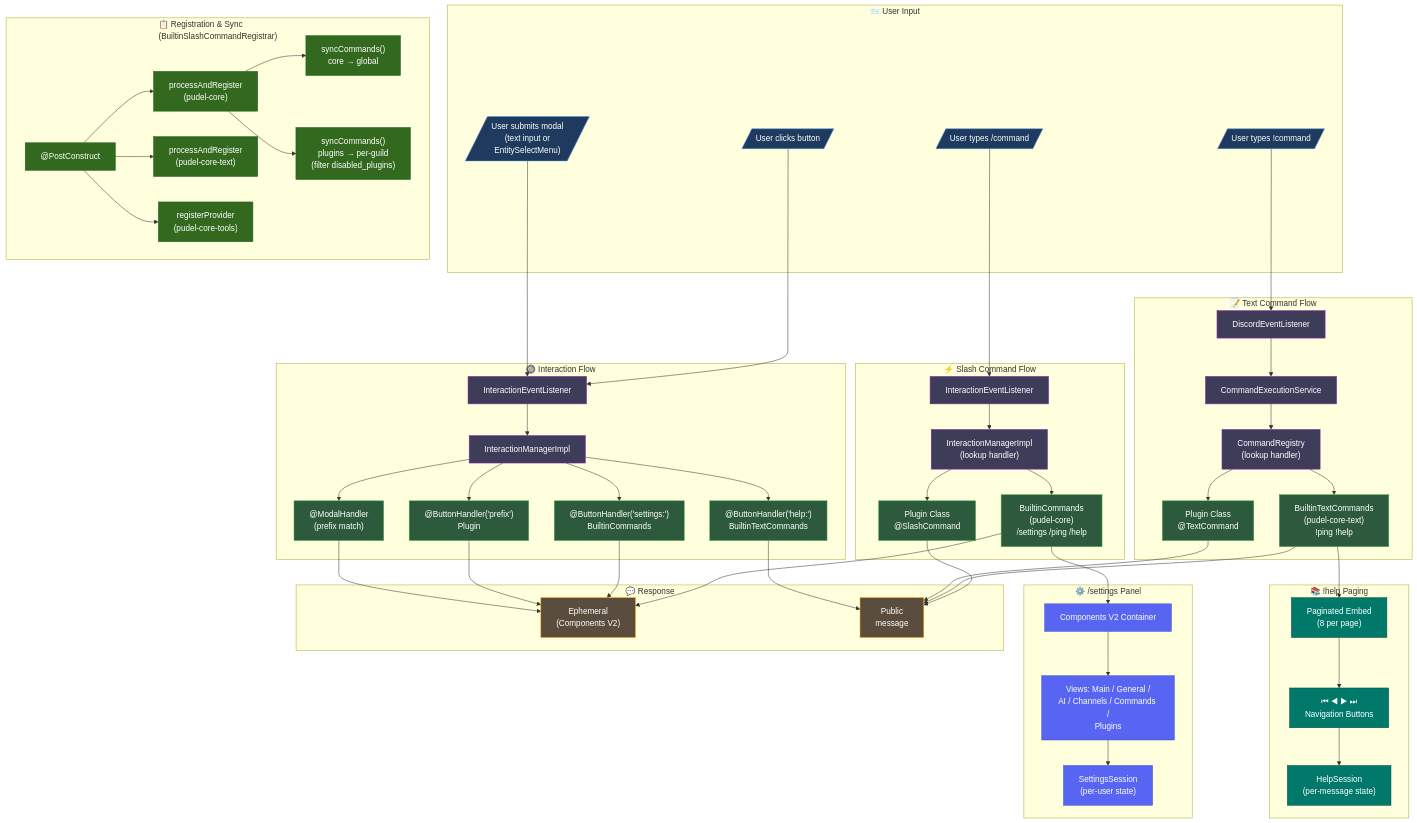
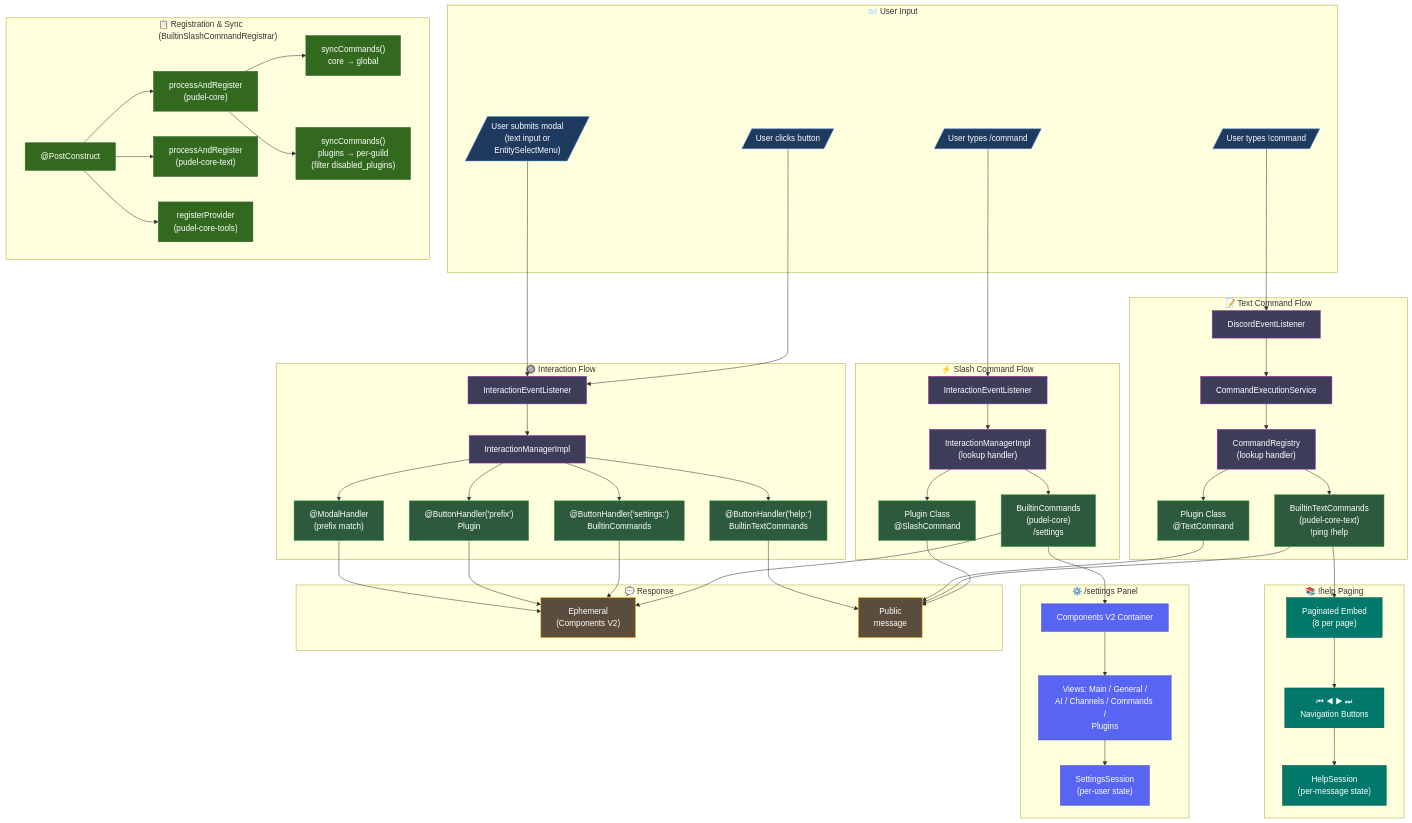
The diagram in docs/flowchart/architecture/CommandSystem.mermaid (Zazalng/Pudel-Spring-Boot), drawn with Mermaid before and after one commit. The commit also changed 16 other files, not shown here.

Commit message:
- Update Dependency version  - Link Docker cli to push Pudel  - compose down may result to lost data, restart may not apply new configuration  - JWT error more specific messages  - Remove /ping & /help which no longer exist

```diff
--- a/docs/flowchart/architecture/CommandSystem.mermaid
+++ b/docs/flowchart/architecture/CommandSystem.mermaid
@@ -1,126 +1,126 @@
-%% Pudel Command System v2.1.1
+%% Pudel Command System v2.2.1
 %% Components V2 + Two-Tier Sync + Unified Built-in Architecture
 
 flowchart TD
     subgraph Input["📨 User Input"]
         SLASH[/"User types /command"/]
         TEXT[/"User types !command"/]
         BUTTON[/"User clicks button"/]
         MODAL[/"User submits modal<br/>(text input or<br/>EntitySelectMenu)"/]
     end
 
     subgraph SlashFlow["⚡ Slash Command Flow"]
         SLASH_LISTENER["InteractionEventListener"]
         SLASH_MANAGER["InteractionManagerImpl<br/>(lookup handler)"]
-        SLASH_BUILTIN["BuiltinCommands<br/>(pudel-core)<br/>/settings /ping /help"]
+        SLASH_BUILTIN["BuiltinCommands<br/>(pudel-core)<br/>/settings"]
         SLASH_PLUGIN["Plugin Class<br/>@SlashCommand"]
     end
 
     subgraph TextFlow["📝 Text Command Flow"]
         TEXT_LISTENER["DiscordEventListener"]
         TEXT_EXEC["CommandExecutionService"]
         TEXT_REGISTRY["CommandRegistry<br/>(lookup handler)"]
         TEXT_BUILTIN["BuiltinTextCommands<br/>(pudel-core-text)<br/>!ping !help"]
         TEXT_PLUGIN["Plugin Class<br/>@TextCommand"]
     end
 
     subgraph InteractionFlow["🔘 Interaction Flow"]
         INTERACT_LISTENER["InteractionEventListener"]
         INTERACT_MANAGER["InteractionManagerImpl"]
         BUTTON_SETTINGS["@ButtonHandler('settings:')<br/>BuiltinCommands"]
         BUTTON_HELP["@ButtonHandler('help:')<br/>BuiltinTextCommands"]
         BUTTON_PLUGIN["@ButtonHandler('prefix')<br/>Plugin"]
         MODAL_HANDLER["@ModalHandler<br/>(prefix match)"]
     end
 
     subgraph Registration["📋 Registration & Sync<br/>(BuiltinSlashCommandRegistrar)"]
         REGISTRAR["@PostConstruct"]
         PROC_SLASH["processAndRegister<br/>(pudel-core)"]
         PROC_TEXT["processAndRegister<br/>(pudel-core-text)"]
         PROC_TOOLS["registerProvider<br/>(pudel-core-tools)"]
         SYNC_GLOBAL["syncCommands()<br/>core → global"]
         SYNC_GUILD["syncCommands()<br/>plugins → per-guild<br/>(filter disabled_plugins)"]
     end
 
     subgraph SettingsPanel["⚙️ /settings Panel"]
         CV2["Components V2 Container"]
         VIEWS["Views: Main / General /<br/>AI / Channels / Commands /<br/>Plugins"]
         SESSION["SettingsSession<br/>(per-user state)"]
     end
 
     subgraph HelpPanel["📚 !help Paging"]
         HELP_EMBED["Paginated Embed<br/>(8 per page)"]
         HELP_BUTTONS["⏮ ◀ ▶ ⏭<br/>Navigation Buttons"]
         HELP_SESSION["HelpSession<br/>(per-message state)"]
     end
 
     subgraph Response["💬 Response"]
         REPLY_EPH["Ephemeral<br/>(Components V2)"]
         REPLY_PUB["Public<br/>message"]
     end
 
     %% Slash flow
     SLASH --> SLASH_LISTENER
     SLASH_LISTENER --> SLASH_MANAGER
     SLASH_MANAGER --> SLASH_BUILTIN
     SLASH_MANAGER --> SLASH_PLUGIN
 
     %% /settings opens Components V2
     SLASH_BUILTIN --> CV2
     CV2 --> VIEWS
     VIEWS --> SESSION
 
     %% Text flow
     TEXT --> TEXT_LISTENER
     TEXT_LISTENER --> TEXT_EXEC
     TEXT_EXEC --> TEXT_REGISTRY
     TEXT_REGISTRY --> TEXT_BUILTIN
     TEXT_REGISTRY --> TEXT_PLUGIN
 
     %% !help opens paged embed
     TEXT_BUILTIN --> HELP_EMBED
     HELP_EMBED --> HELP_BUTTONS
     HELP_BUTTONS --> HELP_SESSION
 
     %% Interaction flow
     BUTTON --> INTERACT_LISTENER
     MODAL --> INTERACT_LISTENER
     INTERACT_LISTENER --> INTERACT_MANAGER
     INTERACT_MANAGER --> BUTTON_SETTINGS
     INTERACT_MANAGER --> BUTTON_HELP
     INTERACT_MANAGER --> BUTTON_PLUGIN
     INTERACT_MANAGER --> MODAL_HANDLER
 
     %% Registration
     REGISTRAR --> PROC_SLASH
     REGISTRAR --> PROC_TEXT
     REGISTRAR --> PROC_TOOLS
     PROC_SLASH --> SYNC_GLOBAL
     PROC_SLASH --> SYNC_GUILD
 
     %% All handlers lead to response
     SLASH_BUILTIN --> REPLY_EPH
     SLASH_PLUGIN --> REPLY_PUB
     TEXT_BUILTIN --> REPLY_PUB
     TEXT_PLUGIN --> REPLY_PUB
     BUTTON_SETTINGS --> REPLY_EPH
     BUTTON_HELP --> REPLY_PUB
     BUTTON_PLUGIN --> REPLY_EPH
     MODAL_HANDLER --> REPLY_EPH
 
     %% Styling
     classDef input fill:#1e3a5f,stroke:#4a90d9,color:#fff
     classDef handler fill:#2d5a3d,stroke:#4CAF50,color:#fff
     classDef system fill:#3d3d5a,stroke:#9c27b0,color:#fff
     classDef response fill:#5a4d3d,stroke:#ff9800,color:#fff
     classDef cv2 fill:#5865F2,stroke:#4752C4,color:#fff
     classDef help fill:#00796b,stroke:#004d40,color:#fff
     classDef registration fill:#33691e,stroke:#1b5e20,color:#fff
 
     class SLASH,TEXT,BUTTON,MODAL input
     class SLASH_BUILTIN,SLASH_PLUGIN,TEXT_BUILTIN,TEXT_PLUGIN,BUTTON_SETTINGS,BUTTON_HELP,BUTTON_PLUGIN,MODAL_HANDLER handler
     class SLASH_LISTENER,SLASH_MANAGER,TEXT_LISTENER,TEXT_EXEC,TEXT_REGISTRY,INTERACT_LISTENER,INTERACT_MANAGER system
     class REPLY_EPH,REPLY_PUB response
     class CV2,VIEWS,SESSION cv2
     class HELP_EMBED,HELP_BUTTONS,HELP_SESSION help
     class REGISTRAR,PROC_SLASH,PROC_TEXT,PROC_TOOLS,SYNC_GLOBAL,SYNC_GUILD registration
```
